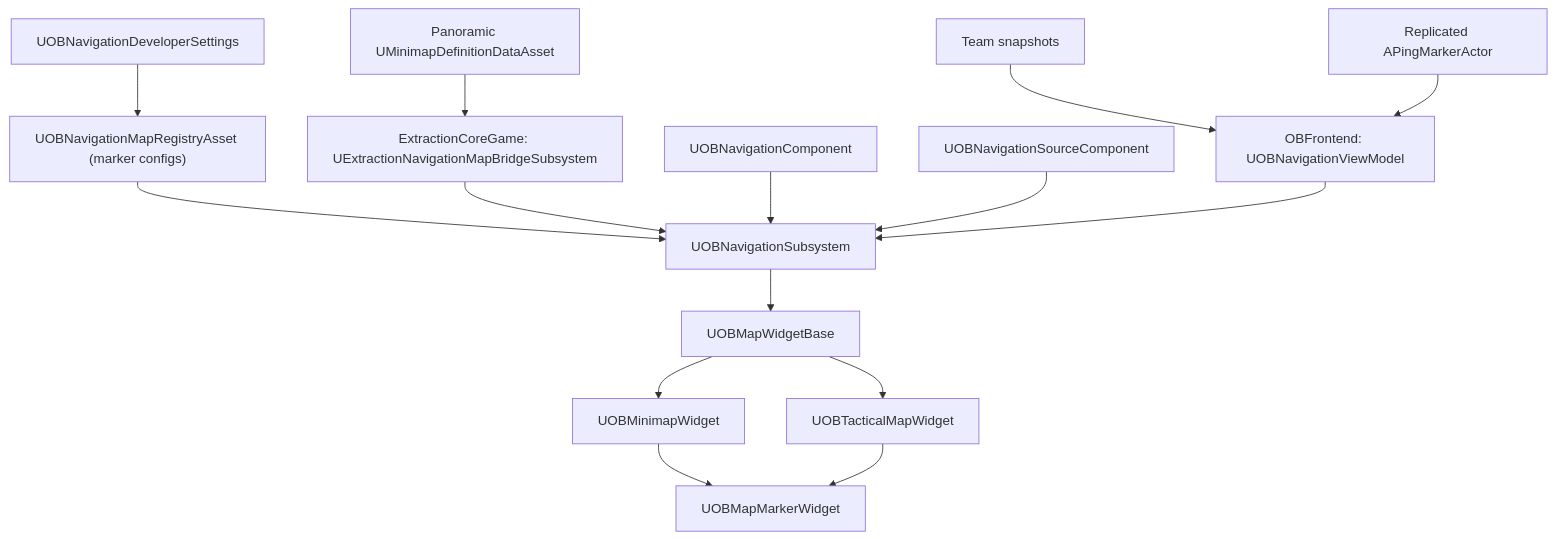
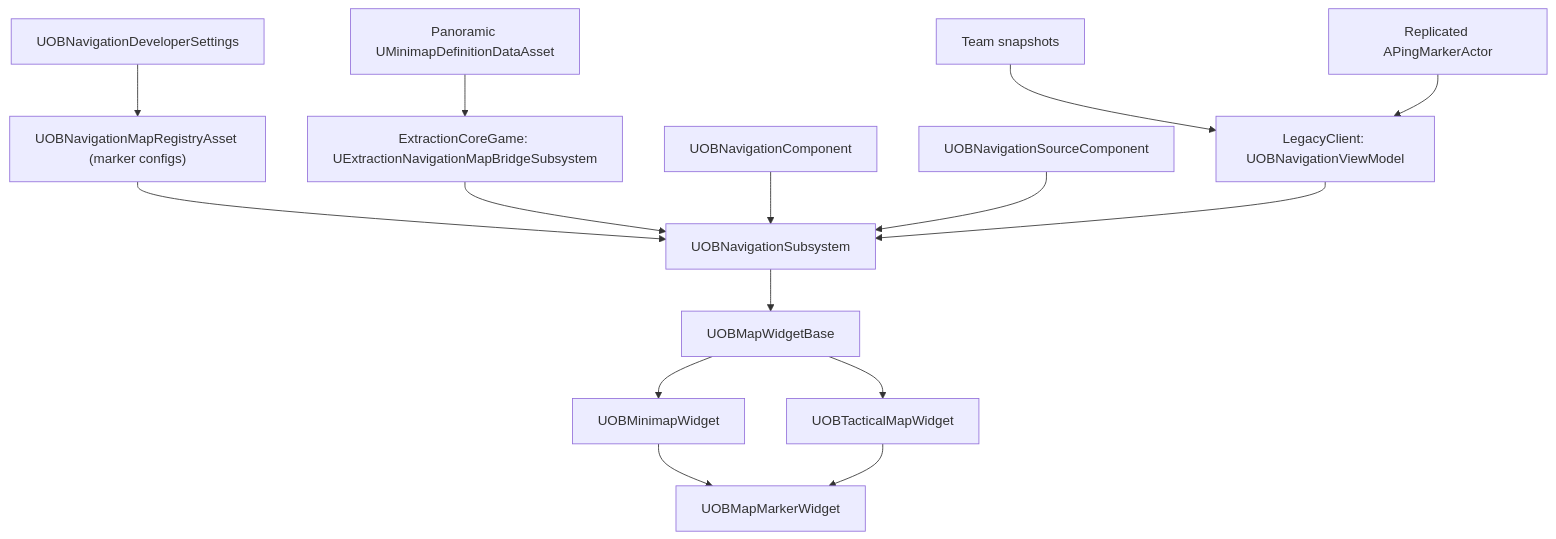
One commit to oaiba/OBNavigation changed the diagram in README.md. Above: the diagram before and after it, drawn with Mermaid. The commit also changed other lines of this file, not shown here.

First line of the commit message:
Clean legacy ownership documentation

````diff
--- a/README.md
+++ b/README.md
@@ -33,32 +33,32 @@
 ```mermaid
 flowchart TD
     Registry["UOBNavigationMapRegistryAsset (marker configs)"]
     Panoramic["Panoramic UMinimapDefinitionDataAsset"]
     MapBridge["ExtractionCoreGame: UExtractionNavigationMapBridgeSubsystem"]
     Settings["UOBNavigationDeveloperSettings"]
     Subsystem["UOBNavigationSubsystem"]
     Source["UOBNavigationSourceComponent"]
     NavComp["UOBNavigationComponent"]
-    Bridge["OBFrontend: UOBNavigationViewModel"]
+    Bridge["LegacyClient: UOBNavigationViewModel"]
     Team["Team snapshots"]
     Pings["Replicated APingMarkerActor"]
     BaseWidget["UOBMapWidgetBase"]
     Minimap["UOBMinimapWidget"]
     Tactical["UOBTacticalMapWidget"]
     MarkerWidget["UOBMapMarkerWidget"]
 
     Settings --> Registry
     Registry --> Subsystem
     Panoramic --> MapBridge
     MapBridge --> Subsystem
     NavComp --> Subsystem
     Source --> Subsystem
     Team --> Bridge
     Pings --> Bridge
     Bridge --> Subsystem
     Subsystem --> BaseWidget
     BaseWidget --> Minimap
     BaseWidget --> Tactical
     Minimap --> MarkerWidget
     Tactical --> MarkerWidget
 ```
````
